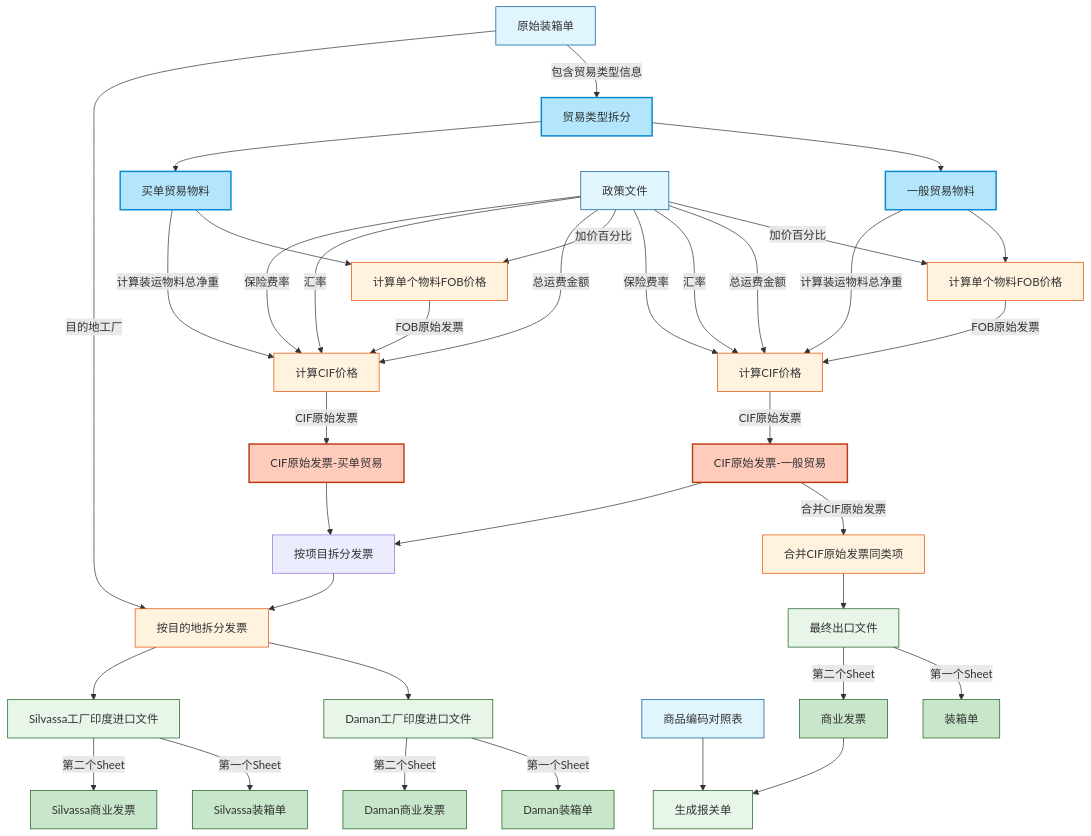
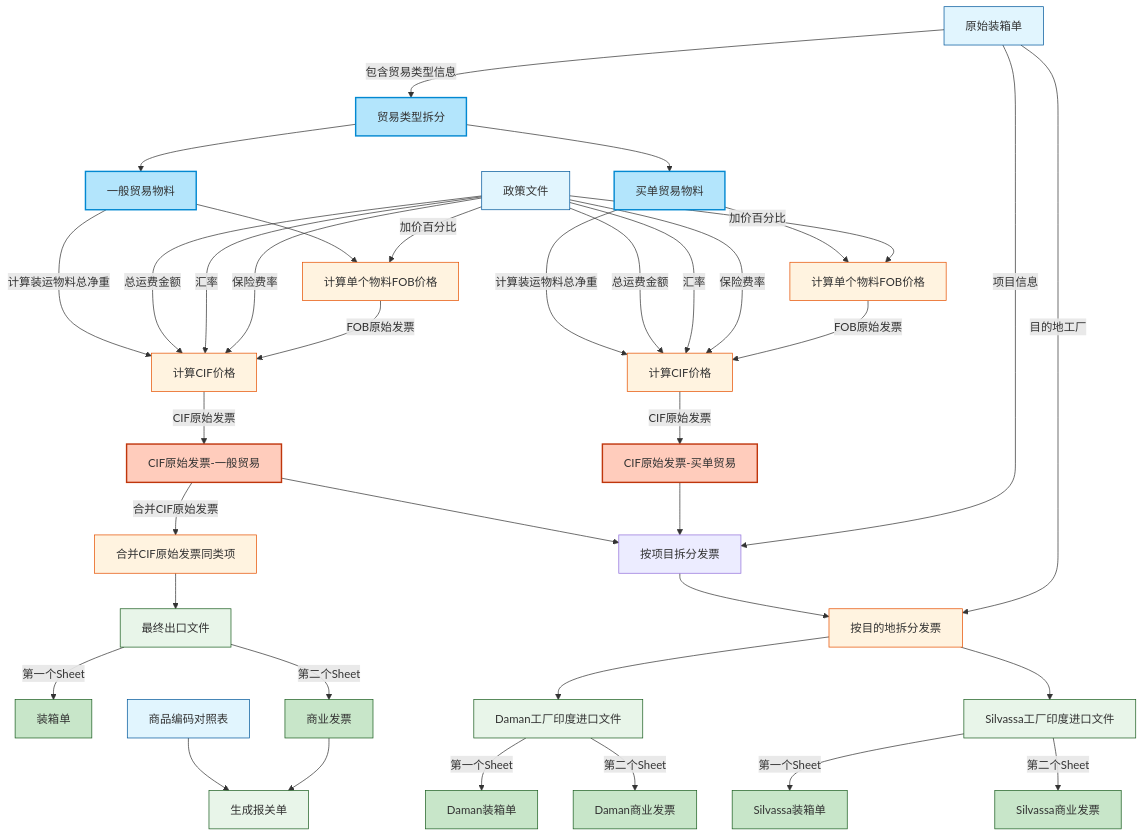
One commit to anlaganlag/export_reimport changed the first of 6 diagrams in WORKFLOW-CN.md. Above: the diagram before and after it, drawn with Mermaid. The commit also changed other lines of this file, not shown here.

````diff
--- a/WORKFLOW-CN.md
+++ b/WORKFLOW-CN.md
@@ -21,80 +21,81 @@
 ```mermaid
 graph TD
     %% 输入文件
     OPL[原始装箱单] --> |包含贸易类型信息|SPLIT[贸易类型拆分]
     SPLIT --> GT[一般贸易物料]
     SPLIT --> BT[买单贸易物料]
     
     %% 一般贸易流程
     GT --> CFOB_GT[计算单个物料FOB价格]
     PF[政策文件] --> |加价百分比| CFOB_GT
     
     %% FOB到CIF转换 - 一般贸易
     GT --> |计算装运物料总净重|CCIF_GT[计算CIF价格]
     PF --> |总运费金额|CCIF_GT
     PF --> |汇率|CCIF_GT
     PF --> |保险费率|CCIF_GT
     CFOB_GT --> |FOB原始发票|CCIF_GT
     
     %% 生成CIF原始发票 - 一般贸易
     CCIF_GT --> |CIF原始发票|CIFORG_GT[CIF原始发票-一般贸易]
     
     %% CIF到最终发票处理 - 一般贸易
     CIFORG_GT --> |合并CIF原始发票|MERGE[合并CIF原始发票同类项]
     MERGE --> EXP[最终出口文件]
     
     %% 最终出口文件说明
     EXP --> |第一个Sheet|PL[装箱单]
     EXP --> |第二个Sheet|CI[商业发票]
     
     %% 商品编码对照表输入和报关单生成
     HSC[商品编码对照表] --> CD[生成报关单]
     CI --> CD
     
     %% 买单贸易流程
     BT --> CFOB_BT[计算单个物料FOB价格]
     PF --> |加价百分比| CFOB_BT
     
     %% FOB到CIF转换 - 买单贸易
     BT --> |计算装运物料总净重|CCIF_BT[计算CIF价格]
     PF --> |总运费金额|CCIF_BT
     PF --> |汇率|CCIF_BT
     PF --> |保险费率|CCIF_BT
     CFOB_BT --> |FOB原始发票|CCIF_BT
     
     %% 生成CIF原始发票 - 买单贸易
     CCIF_BT --> |CIF原始发票|CIFORG_BT[CIF原始发票-买单贸易]
     
     %% 按项目拆分发票 - 两种贸易类型共用
     CIFORG_GT --> PSI[按项目拆分发票]
     CIFORG_BT --> PSI
+    OPL --> |项目信息|PSI
     
     %% 按目的地拆分发票
     PSI --> SI[按目的地拆分发票]
     OPL --> |目的地工厂|SI
     
     %% Daman工厂印度进口发票
     SI --> RIMP_D[Daman工厂印度进口文件]
     RIMP_D --> |第一个Sheet|RIMP_DPL[Daman装箱单]
     RIMP_D --> |第二个Sheet|RIMP_DCI[Daman商业发票]
     
     %% Silvassa工厂印度进口发票
     SI --> RIMP_S[Silvassa工厂印度进口文件]
     RIMP_S --> |第一个Sheet|RIMP_SPL[Silvassa装箱单]
     RIMP_S --> |第二个Sheet|RIMP_SCI[Silvassa商业发票]
 
     %% 样式
     classDef input fill:#e1f5fe,stroke:#01579b
     classDef process fill:#fff3e0,stroke:#e65100
     classDef output fill:#e8f5e9,stroke:#1b5e20
     classDef highlight fill:#ffccbc,stroke:#bf360c,stroke-width:2px
     classDef suboutput fill:#c8e6c9,stroke:#1b5e20
     classDef split fill:#b3e5fc,stroke:#0288d1,stroke-width:2px
     
     class OPL,PF,HSC input
     class CFOB_GT,CCIF_GT,CFOB_BT,CCIF_BT,SI,MERGE process
     class CIFORG_GT,CIFORG_BT highlight
     class EXP,RIMP_D,RIMP_S,CD output
     class PL,CI,RIMP_DPL,RIMP_DCI,RIMP_SPL,RIMP_SCI suboutput
     class SPLIT,GT,BT split
 ```
````
